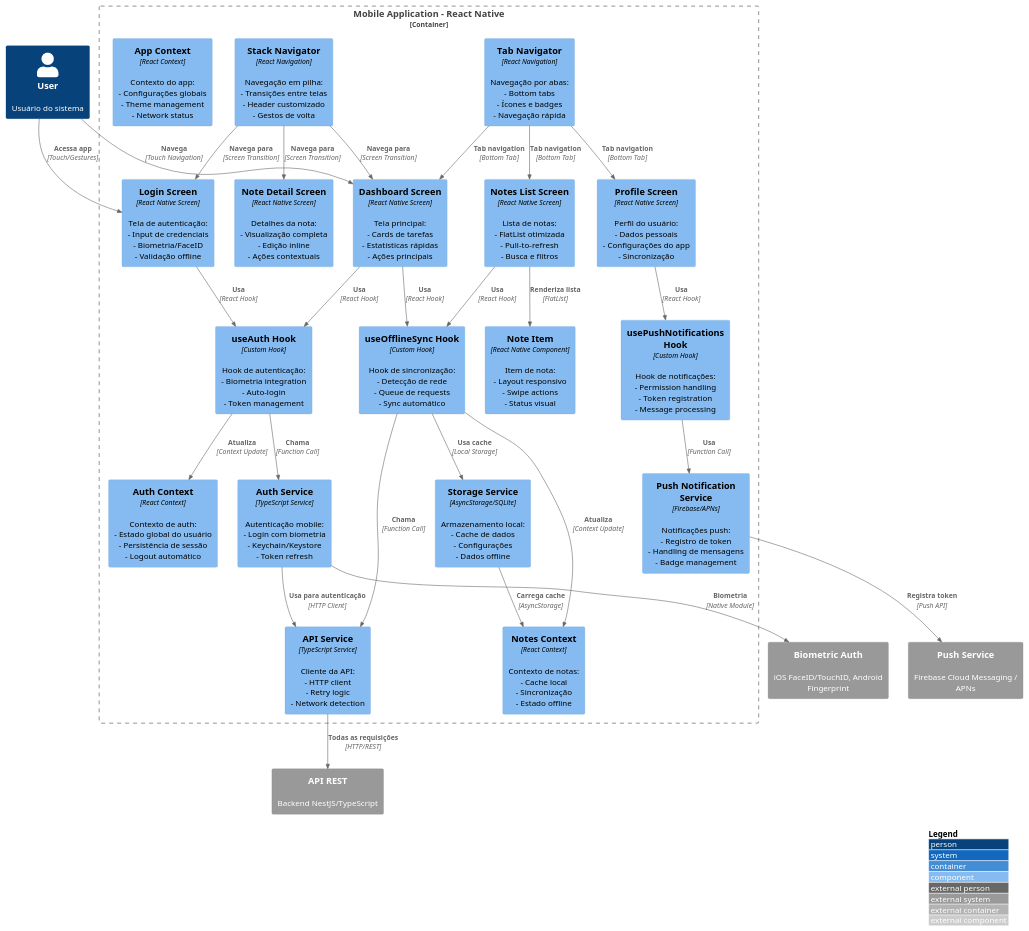
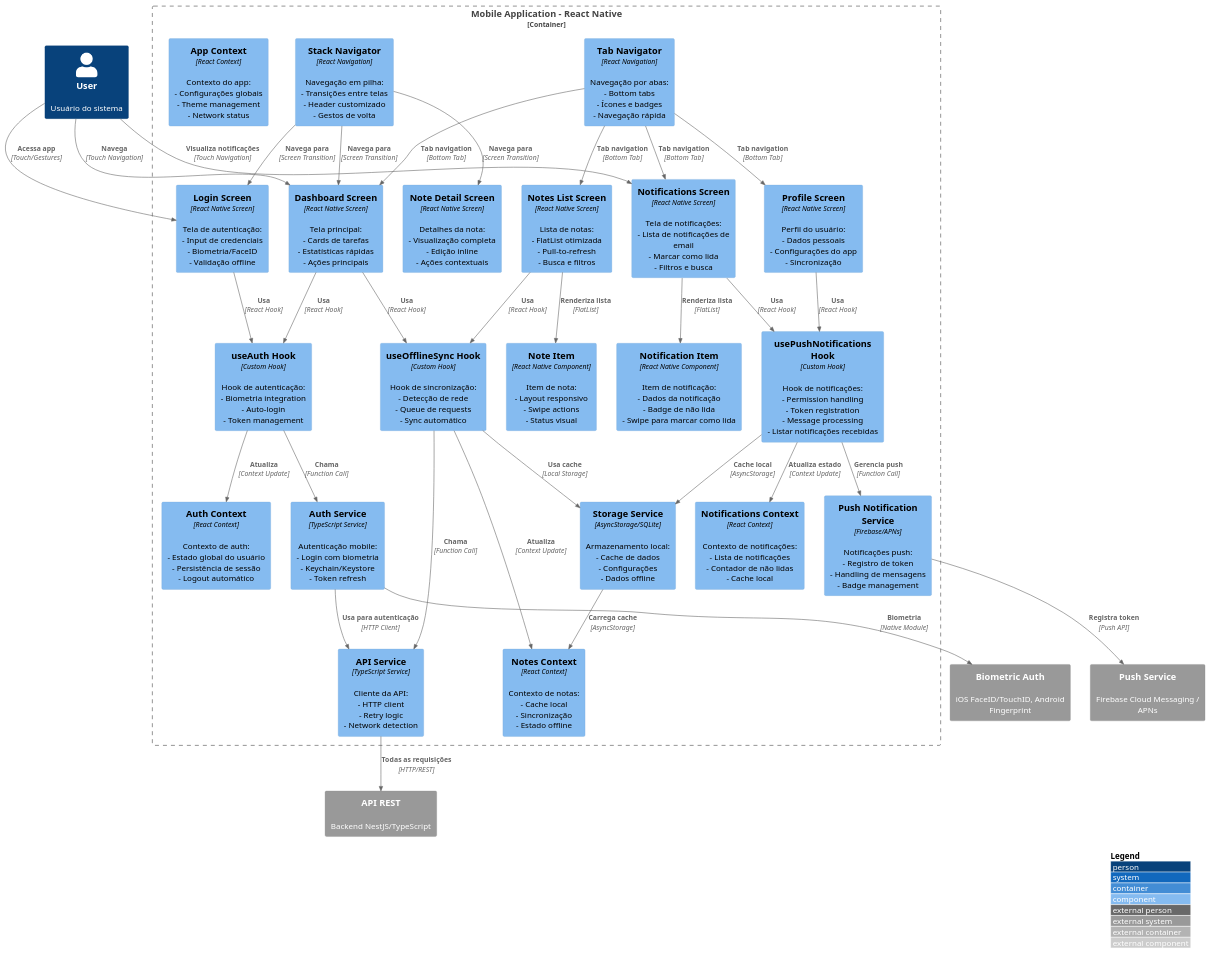
One commit to juliocesarfs/tjgo-projeto-software changed the diagram in diagramas c4/DIAGRAMA_C4_COMPONENT_MOBILE.puml. Above: the diagram before and after it, drawn with PlantUML. The commit also changed 2 other files, not shown here.

Commit message:
refactor diagrams

```diff
--- a/diagramas c4/DIAGRAMA_C4_COMPONENT_MOBILE.puml
+++ b/diagramas c4/DIAGRAMA_C4_COMPONENT_MOBILE.puml
@@ -1,131 +1,143 @@
 @startuml C4_Component_ControlTasks_Mobile
 
 !include https://raw.githubusercontent.com/plantuml-stdlib/C4-PlantUML/master/C4_Component.puml
 
 ' ============================================================================
 ' COMPONENT DIAGRAM - Level 3
 ' Control Tasks Mobile Application - Componentes React Native
 ' ============================================================================
 
 LAYOUT_WITH_LEGEND()
 
 Person(userPerson, "User", "Usuário do sistema")
 System_Ext(apiRest, "API REST", "Backend NestJS/TypeScript")
 
 Container_Boundary(mobileAppContainer, "Mobile Application - React Native") {
     
     ' ============================================================================
     ' LAYER: SCREENS/NAVIGATION
     ' ============================================================================
     Component(loginScreen, "Login Screen", "React Native Screen", "Tela de autenticação:\n- Input de credenciais\n- Biometria/FaceID\n- Validação offline")
     
     Component(dashboardScreen, "Dashboard Screen", "React Native Screen", "Tela principal:\n- Cards de tarefas\n- Estatísticas rápidas\n- Ações principais")
     
     Component(notesListScreen, "Notes List Screen", "React Native Screen", "Lista de notas:\n- FlatList otimizada\n- Pull-to-refresh\n- Busca e filtros")
     
     Component(noteDetailScreen, "Note Detail Screen", "React Native Screen", "Detalhes da nota:\n- Visualização completa\n- Edição inline\n- Ações contextuais")
     
     Component(profileScreen, "Profile Screen", "React Native Screen", "Perfil do usuário:\n- Dados pessoais\n- Configurações do app\n- Sincronização")
+    
+    Component(notificationsScreen, "Notifications Screen", "React Native Screen", "Tela de notificações:\n- Lista de notificações de email\n- Marcar como lida\n- Filtros e busca")
 
     ' ============================================================================
     ' LAYER: NAVIGATION
     ' ============================================================================
     Component(stackNavigator, "Stack Navigator", "React Navigation", "Navegação em pilha:\n- Transições entre telas\n- Header customizado\n- Gestos de volta")
     
     Component(tabNavigator, "Tab Navigator", "React Navigation", "Navegação por abas:\n- Bottom tabs\n- Ícones e badges\n- Navegação rápida")
 
     ' ============================================================================
     ' LAYER: COMPONENTS (UI)
     ' ============================================================================
     Component(noteItem, "Note Item", "React Native Component", "Item de nota:\n- Layout responsivo\n- Swipe actions\n- Status visual")
+    
+    Component(notificationItem, "Notification Item", "React Native Component", "Item de notificação:\n- Dados da notificação\n- Badge de não lida\n- Swipe para marcar como lida")
     
     ' ============================================================================
     ' LAYER: SERVICES
     ' ============================================================================
     Component(authServiceMobile, "Auth Service", "TypeScript Service", "Autenticação mobile:\n- Login com biometria\n- Keychain/Keystore\n- Token refresh")
     
     Component(apiServiceMobile, "API Service", "TypeScript Service", "Cliente da API:\n- HTTP client\n- Retry logic\n- Network detection")
     
     Component(storageService, "Storage Service", "AsyncStorage/SQLite", "Armazenamento local:\n- Cache de dados\n- Configurações\n- Dados offline")
     
     Component(pushNotificationService, "Push Notification Service", "Firebase/APNs", "Notificações push:\n- Registro de token\n- Handling de mensagens\n- Badge management")
 
     ' ============================================================================
     ' LAYER: STATE MANAGEMENT
     ' ============================================================================
     Component(authContext, "Auth Context", "React Context", "Contexto de auth:\n- Estado global do usuário\n- Persistência de sessão\n- Logout automático")
     
     Component(notesContext, "Notes Context", "React Context", "Contexto de notas:\n- Cache local\n- Sincronização\n- Estado offline")
     
     Component(appContext, "App Context", "React Context", "Contexto do app:\n- Configurações globais\n- Theme management\n- Network status")
+    
+    Component(notificationsContext, "Notifications Context", "React Context", "Contexto de notificações:\n- Lista de notificações\n- Contador de não lidas\n- Cache local")
 
     ' ============================================================================
     ' LAYER: HOOKS
     ' ============================================================================
     Component(useAuthMobile, "useAuth Hook", "Custom Hook", "Hook de autenticação:\n- Biometria integration\n- Auto-login\n- Token management")
     
     Component(useOfflineSync, "useOfflineSync Hook", "Custom Hook", "Hook de sincronização:\n- Detecção de rede\n- Queue de requests\n- Sync automático")
     
-    Component(usePushNotifications, "usePushNotifications Hook", "Custom Hook", "Hook de notificações:\n- Permission handling\n- Token registration\n- Message processing")
+    Component(usePushNotifications, "usePushNotifications Hook", "Custom Hook", "Hook de notificações:\n- Permission handling\n- Token registration\n- Message processing\n- Listar notificações recebidas")
 }
 
 System_Ext(biometricAuth, "Biometric Auth", "iOS FaceID/TouchID, Android Fingerprint")
 System_Ext(pushService, "Push Service", "Firebase Cloud Messaging / APNs")
 
 ' ============================================================================
 ' RELACIONAMENTOS EXTERNOS
 ' ============================================================================
 
 Rel(userPerson, loginScreen, "Acessa app", "Touch/Gestures")
 Rel(userPerson, dashboardScreen, "Navega", "Touch Navigation")
+Rel(userPerson, notificationsScreen, "Visualiza notificações", "Touch Navigation")
 
 ' ============================================================================
 ' RELACIONAMENTOS - NAVIGATION
 ' ============================================================================
 
 Rel(stackNavigator, loginScreen, "Navega para", "Screen Transition")
 Rel(stackNavigator, dashboardScreen, "Navega para", "Screen Transition")
 Rel(stackNavigator, noteDetailScreen, "Navega para", "Screen Transition")
 
 Rel(tabNavigator, dashboardScreen, "Tab navigation", "Bottom Tab")
 Rel(tabNavigator, notesListScreen, "Tab navigation", "Bottom Tab")
 Rel(tabNavigator, profileScreen, "Tab navigation", "Bottom Tab")
+Rel(tabNavigator, notificationsScreen, "Tab navigation", "Bottom Tab")
 
 ' ============================================================================
 ' RELACIONAMENTOS - SCREENS → COMPONENTS
 ' ============================================================================
 
 Rel(notesListScreen, noteItem, "Renderiza lista", "FlatList")
+Rel(notificationsScreen, notificationItem, "Renderiza lista", "FlatList")
 
 ' ============================================================================
 ' RELACIONAMENTOS - SCREENS → HOOKS
 ' ============================================================================
 
 Rel(loginScreen, useAuthMobile, "Usa", "React Hook")
 Rel(dashboardScreen, useAuthMobile, "Usa", "React Hook")
 Rel(dashboardScreen, useOfflineSync, "Usa", "React Hook")
 Rel(notesListScreen, useOfflineSync, "Usa", "React Hook")
 Rel(profileScreen, usePushNotifications, "Usa", "React Hook")
+Rel(notificationsScreen, usePushNotifications, "Usa", "React Hook")
 
 ' ============================================================================
 ' RELACIONAMENTOS - HOOKS → SERVICES & CONTEXT
 ' ============================================================================
 
 Rel(useAuthMobile, authServiceMobile, "Chama", "Function Call")
 Rel(useAuthMobile, authContext, "Atualiza", "Context Update")
 Rel(useOfflineSync, apiServiceMobile, "Chama", "Function Call")
 Rel(useOfflineSync, storageService, "Usa cache", "Local Storage")
 Rel(useOfflineSync, notesContext, "Atualiza", "Context Update")
-Rel(usePushNotifications, pushNotificationService, "Usa", "Function Call")
+Rel(usePushNotifications, pushNotificationService, "Gerencia push", "Function Call")
+Rel(usePushNotifications, notificationsContext, "Atualiza estado", "Context Update")
+Rel(usePushNotifications, storageService, "Cache local", "AsyncStorage")
 
 ' ============================================================================
 ' RELACIONAMENTOS - SERVICES → EXTERNAL
 ' ============================================================================
 
 Rel(authServiceMobile, apiServiceMobile, "Usa para autenticação", "HTTP Client")
 Rel(authServiceMobile, biometricAuth, "Biometria", "Native Module")
 Rel(apiServiceMobile, apiRest, "Todas as requisições", "HTTP/REST")
 Rel(pushNotificationService, pushService, "Registra token", "Push API")
 Rel(storageService, notesContext, "Carrega cache", "AsyncStorage")
 
 @enduml
```
